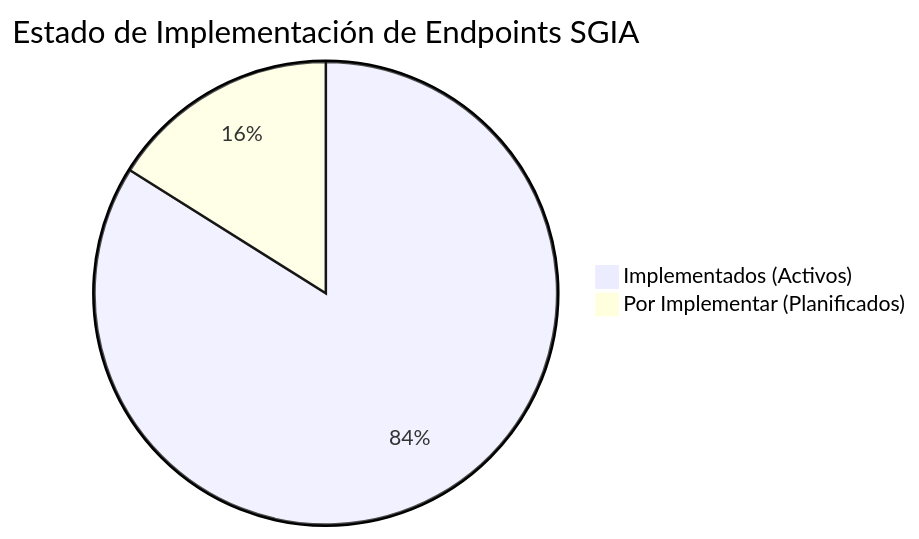
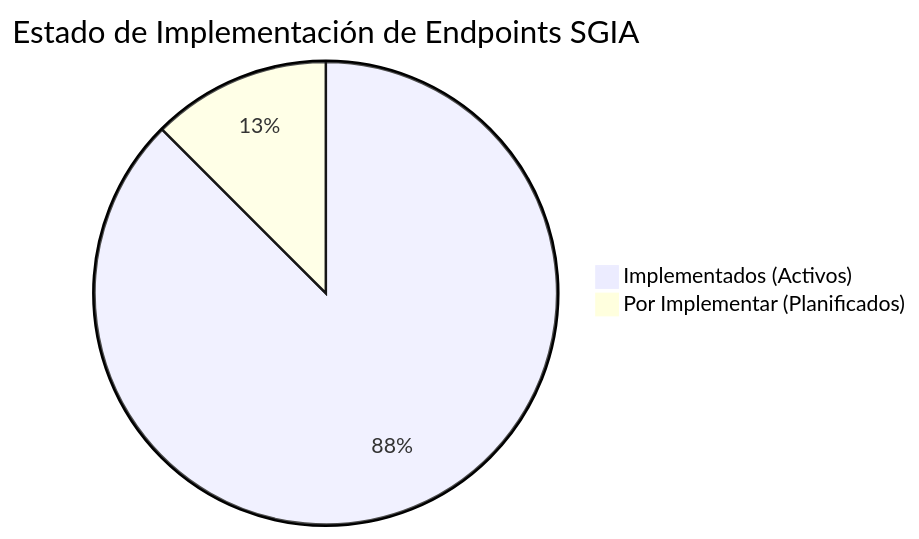
The diagram in ENDPOINTS.md (victorrubilar-dev/BackEnd-SGIA), drawn with Mermaid before and after one commit. The commit also changed other lines of this file and 5 other files, not shown here.

````diff
--- a/ENDPOINTS.md
+++ b/ENDPOINTS.md
@@ -206,5 +208,5 @@
 ```mermaid
 pie title Estado de Implementación de Endpoints SGIA
-    "Implementados (Activos)" : 47
-    "Por Implementar (Planificados)" : 9
+    "Implementados (Activos)" : 49
+    "Por Implementar (Planificados)" : 7
 ```
````
